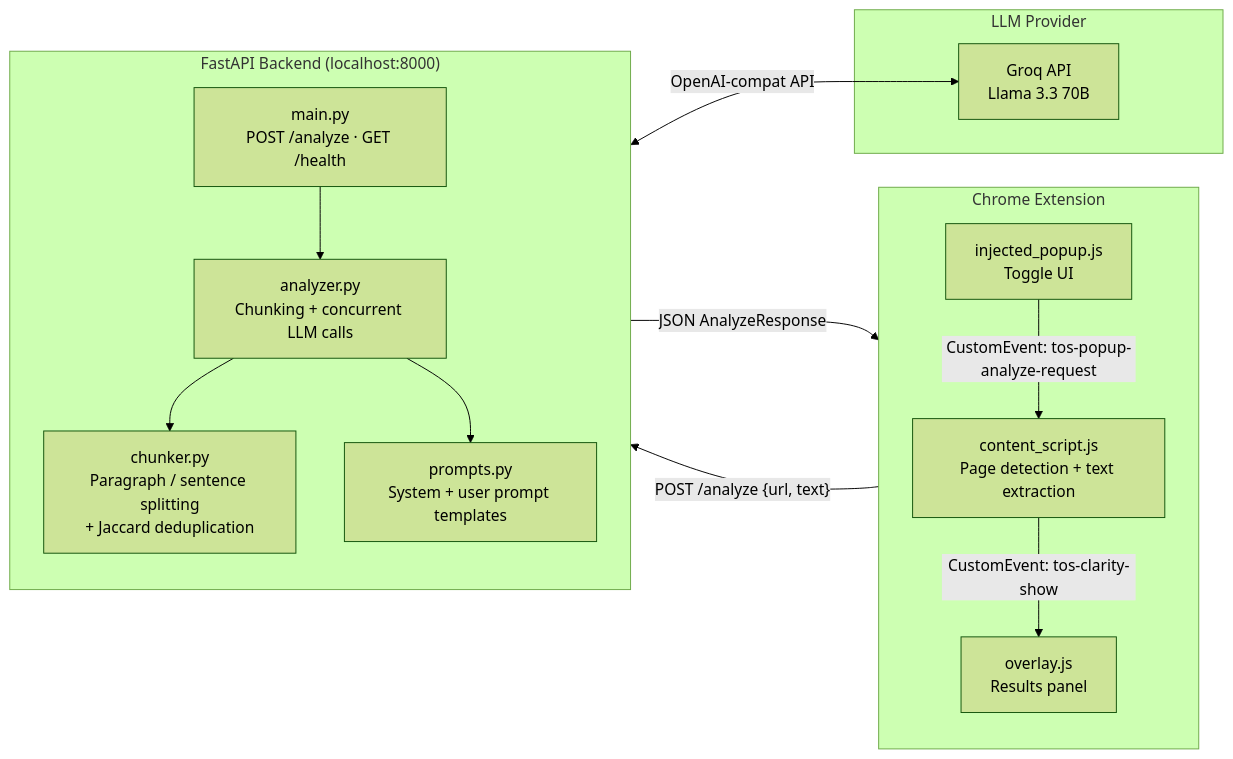
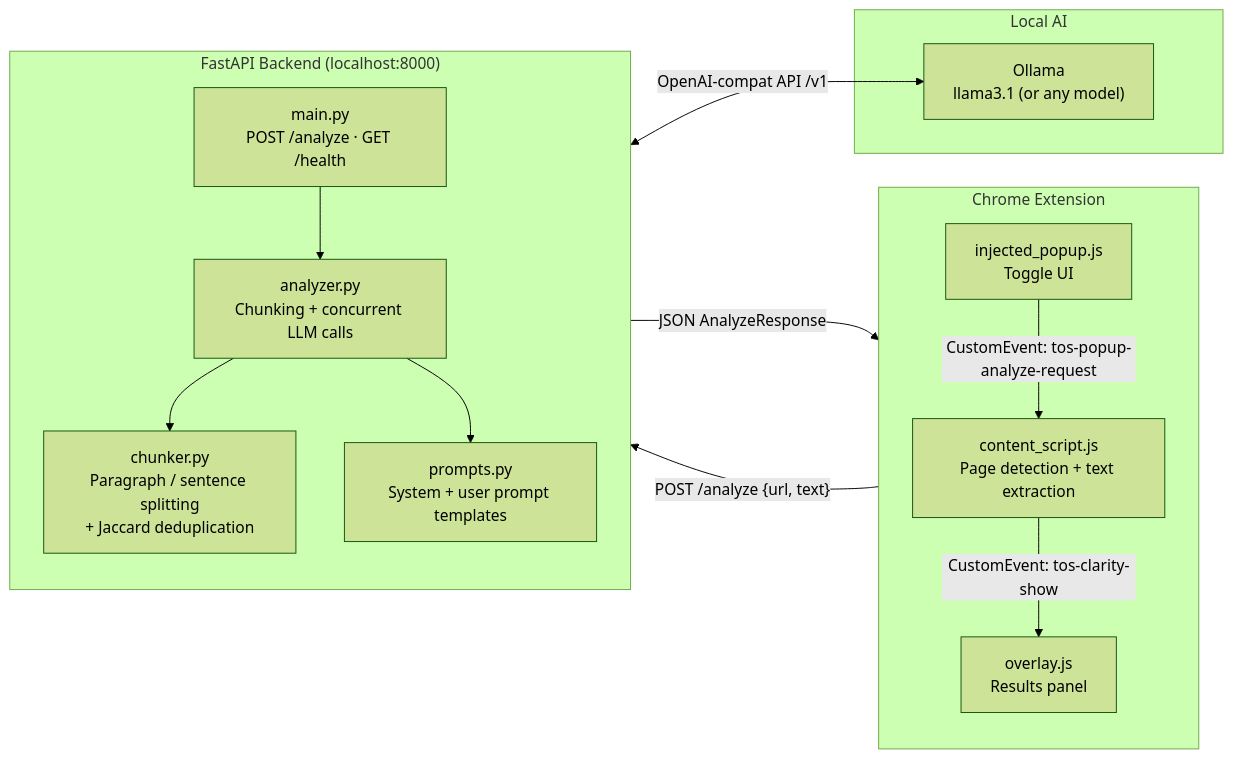
One commit to pBarath-29/Chrome_Extension changed the diagram in README.md. Above: the diagram before and after it, drawn with Mermaid (forest theme). The commit also changed other lines of this file and 6 other files, not shown here.

````diff
--- a/README.md
+++ b/README.md
@@ -176,30 +171,30 @@
 ```mermaid
 flowchart LR
     subgraph ext["Chrome Extension"]
         direction TB
         CS["content_script.js\nPage detection + text extraction"]
         IP["injected_popup.js\nToggle UI"]
         OV["overlay.js\nResults panel"]
     end
 
     subgraph backend["FastAPI Backend  (localhost:8000)"]
         direction TB
         API["main.py\nPOST /analyze · GET /health"]
         AZ["analyzer.py\nChunking + concurrent LLM calls"]
         CH["chunker.py\nParagraph / sentence splitting\n+ Jaccard deduplication"]
         PR["prompts.py\nSystem + user prompt templates"]
     end
 
-    subgraph llm["LLM Provider"]
-        GR["Groq API\nLlama 3.3 70B"]
+    subgraph llm["Local AI"]
+        OL["Ollama\nllama3.1 (or any model)"]
     end
 
     IP -->|"CustomEvent: tos-popup-analyze-request"| CS
     CS -->|"POST /analyze  {url, text}"| API
     API --> AZ
     AZ --> CH
-    AZ <-->|"OpenAI-compat API"| GR
+    AZ <-->|"OpenAI-compat API  /v1"| OL
     AZ --> PR
     API -->|"JSON  AnalyzeResponse"| CS
     CS -->|"CustomEvent: tos-clarity-show"| OV
 ```
````
